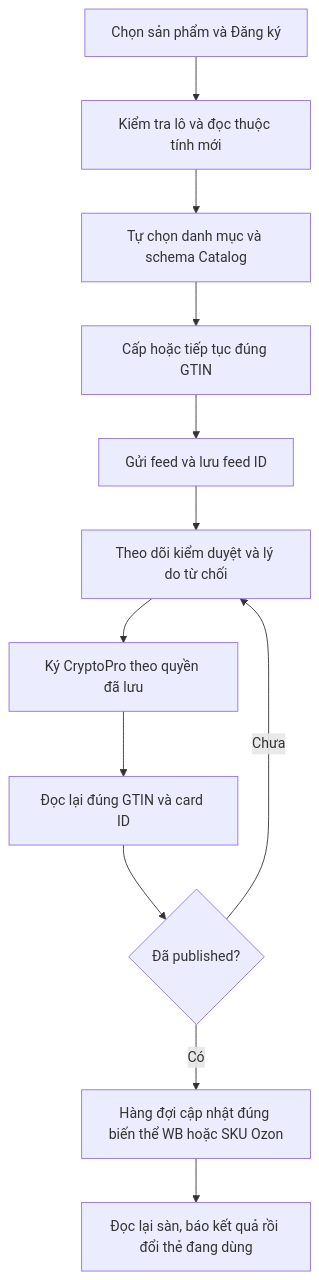
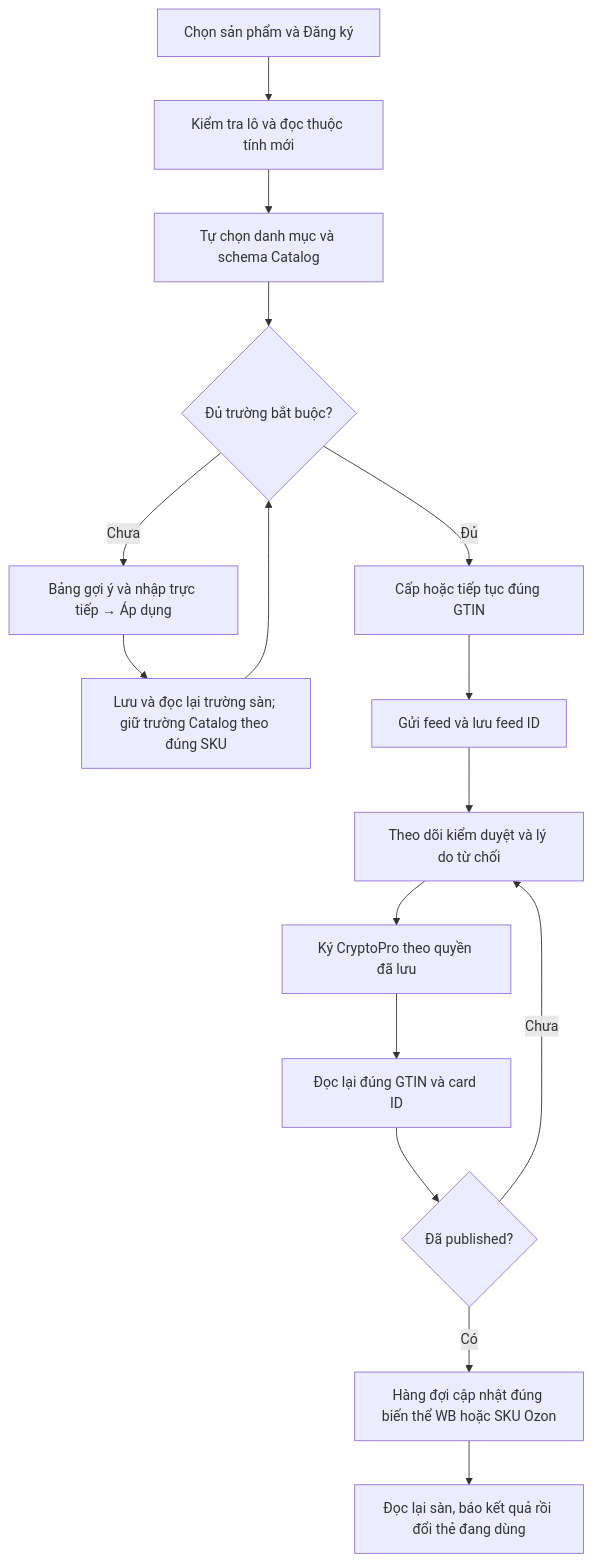
Before and after one commit to ntccong2468-lab/Bancapnhat: the diagram in docs/research/2026-10-17-wbcode-1170-latest/default-registration-prompt.md, drawn with Mermaid. The commit also changed other lines of this file and 32 other files, not shown here.

````diff
--- a/docs/research/2026-10-17-wbcode-1170-latest/default-registration-prompt.md
+++ b/docs/research/2026-10-17-wbcode-1170-latest/default-registration-prompt.md
@@ -7,14 +7,18 @@
 ```mermaid
 flowchart TD
  S[Chọn sản phẩm và Đăng ký] --> P[Kiểm tra lô và đọc thuộc tính mới]
  P --> C[Tự chọn danh mục và schema Catalog]
- C --> G[Cấp hoặc tiếp tục đúng GTIN]
+ C --> X{Đủ trường bắt buộc?}
+ X -- Chưa --> E[Bảng gợi ý và nhập trực tiếp → Áp dụng]
+ E --> D[Lưu và đọc lại trường sàn; giữ trường Catalog theo đúng SKU]
+ D --> X
+ X -- Đủ --> G[Cấp hoặc tiếp tục đúng GTIN]
  G --> F[Gửi feed và lưu feed ID]
  F --> M[Theo dõi kiểm duyệt và lý do từ chối]
  M --> K[Ký CryptoPro theo quyền đã lưu]
  K --> R[Đọc lại đúng GTIN và card ID]
  R --> Q{Đã published?}
  Q -- Chưa --> M
  Q -- Có --> B[Hàng đợi cập nhật đúng biến thể WB hoặc SKU Ozon]
  B --> V[Đọc lại sàn, báo kết quả rồi đổi thẻ đang dùng]
 ```
````
